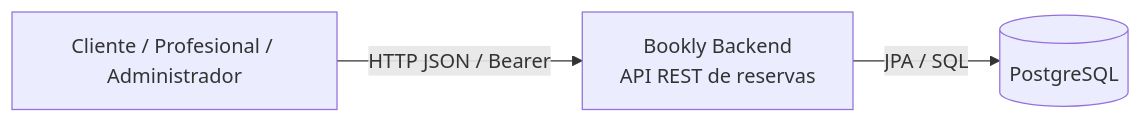
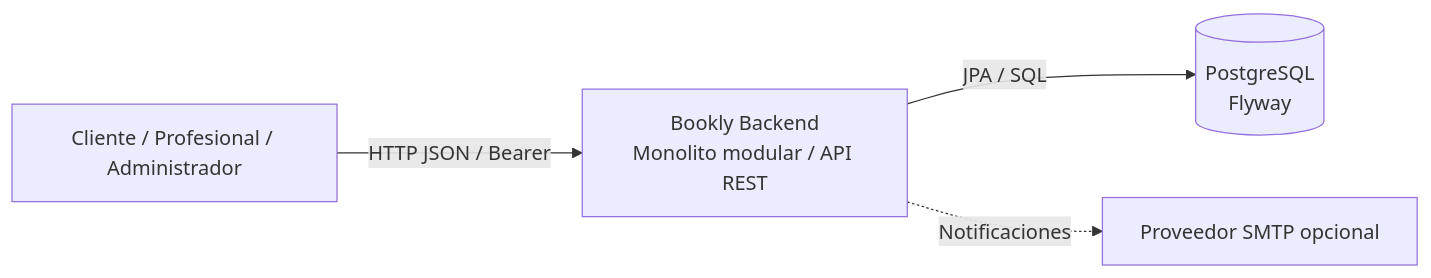
One commit to Code-Factory-Bookly/backendcf changed the first of 8 diagrams in README_ARQUITECTURA.md. Above: the diagram before and after it, drawn with Mermaid. The commit also changed other lines of this file and 2 other files, not shown here.

Commit message:
docs: actualizar diagramas y documentacion de entrega 3

````diff
--- a/README_ARQUITECTURA.md
+++ b/README_ARQUITECTURA.md
@@ -22,8 +22,10 @@
 ```mermaid
 flowchart LR
     Usuario[Cliente / Profesional / Administrador]
-    Sistema[Bookly Backend<br/>API REST de reservas]
-    DB[(PostgreSQL)]
+    Sistema[Bookly Backend<br/>Monolito modular / API REST]
+    DB[(PostgreSQL<br/>Flyway)]
+    SMTP[Proveedor SMTP opcional]
     Usuario -->|HTTP JSON / Bearer| Sistema
     Sistema -->|JPA / SQL| DB
+    Sistema -.->|Notificaciones| SMTP
 ```
````
